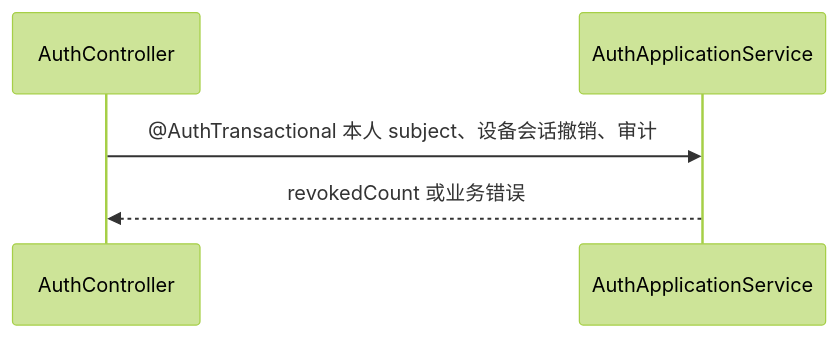
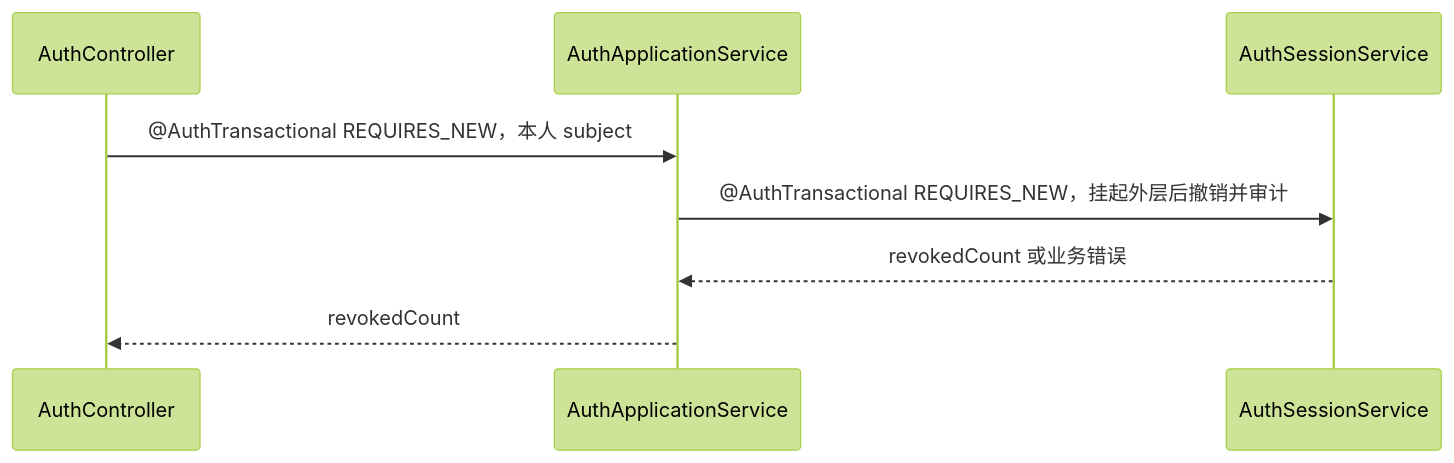
Diagram 11 of 42 in docs/requirements/identity.md (Kylinlixd/suno), drawn with Mermaid (forest theme) before and after one commit. The commit also changed other lines of this file and 2 other files, not shown here.

Commit message:
docs: clarify identity and operations transaction flows

````diff
--- a/docs/requirements/identity.md
+++ b/docs/requirements/identity.md
@@ -105,7 +108,10 @@
 ```mermaid
 sequenceDiagram
   participant C as AuthController#revokeDevice
   participant A as AuthApplicationService#revokeDeviceSession
-  C->>A: @AuthTransactional 本人 subject、设备会话撤销、审计
-  A-->>C: revokedCount 或业务错误
+  participant S as AuthSessionService#revokeDeviceSession
+  C->>A: @AuthTransactional REQUIRES_NEW，本人 subject
+  A->>S: @AuthTransactional REQUIRES_NEW，挂起外层后撤销并审计
+  S-->>A: revokedCount 或业务错误
+  A-->>C: revokedCount
 ```
````
